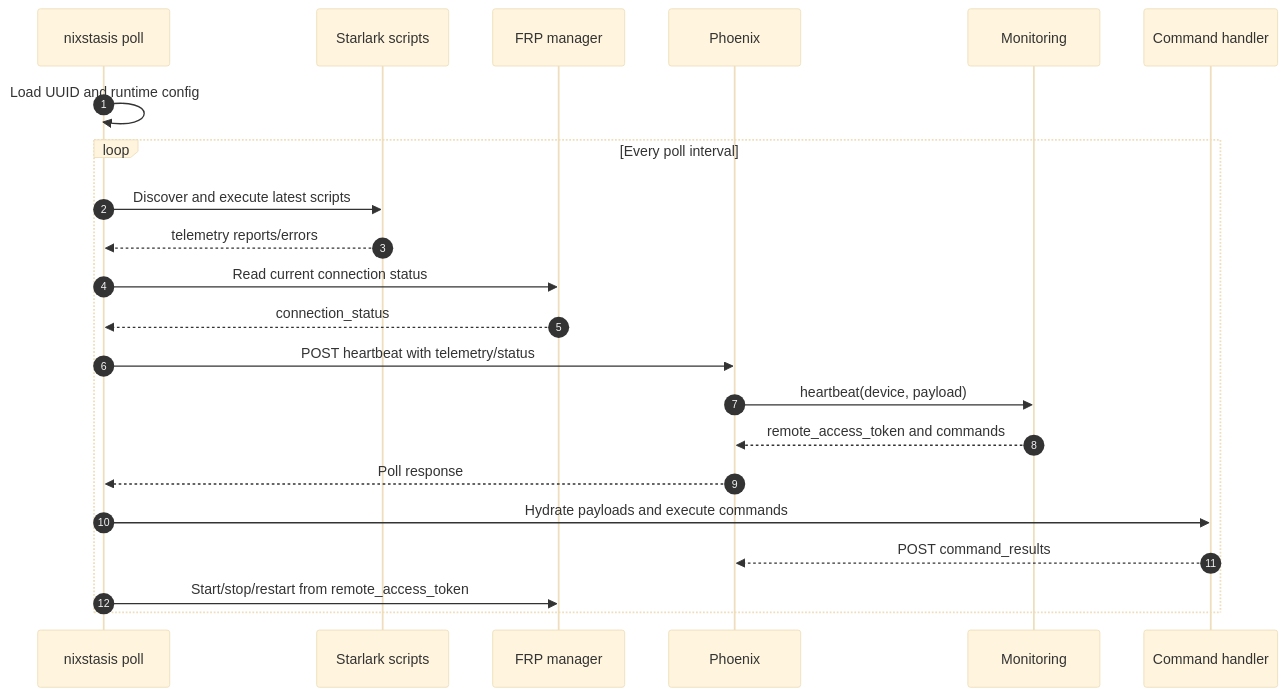
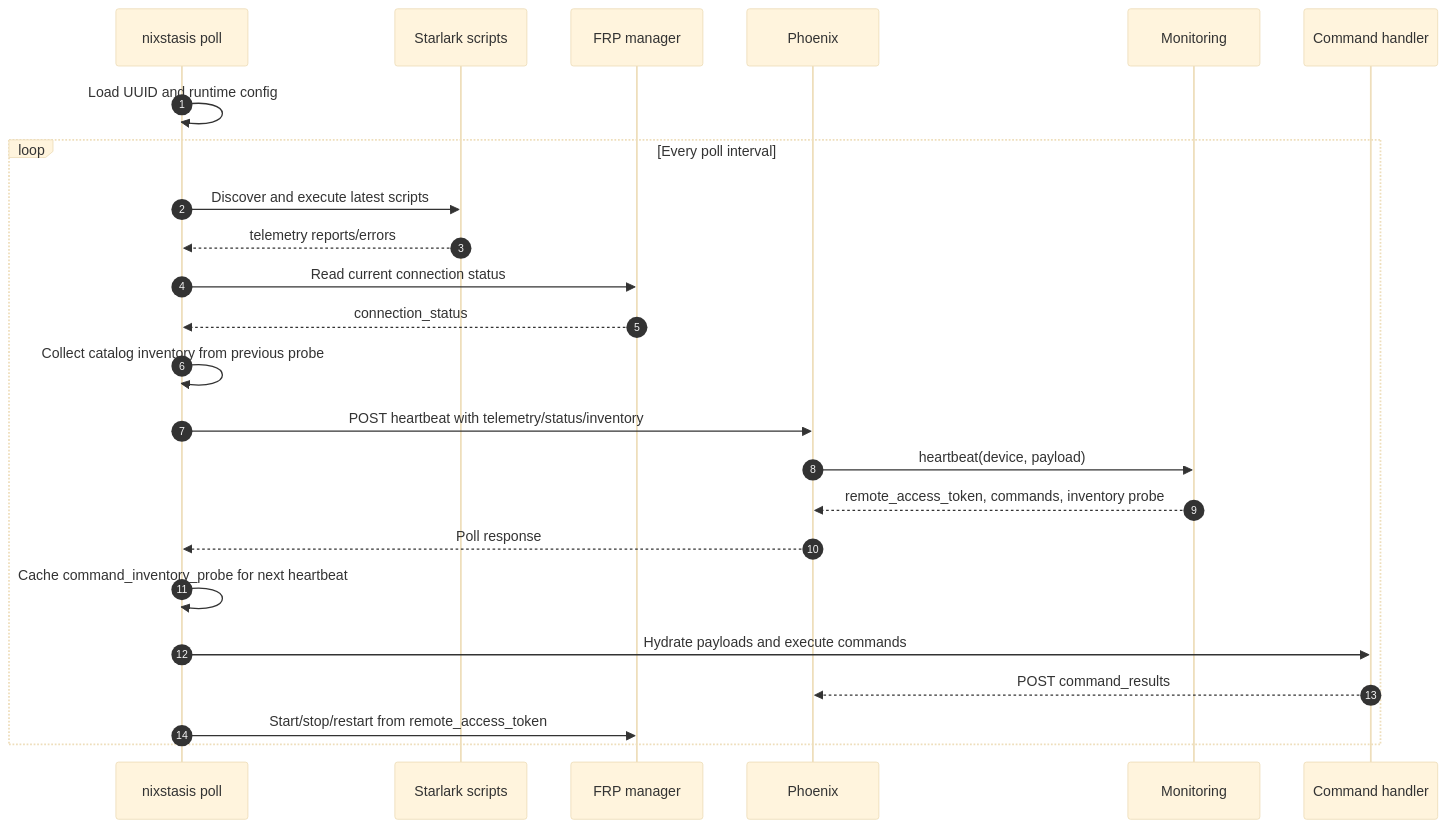
The second of 5 diagrams in docs/src/data-flow.md (RobertDeRose/Nixstasis), drawn with Mermaid (base theme) before and after one commit. The commit also changed other lines of this file and 6 other files, not shown here.

````diff
--- a/docs/src/data-flow.md
+++ b/docs/src/data-flow.md
@@ -44,25 +44,27 @@
 ```mermaid
 sequenceDiagram
     autonumber
     participant Client as nixstasis poll
     participant Scripts as Starlark scripts
     participant FRP as FRP manager
     participant Phoenix
     participant Monitoring
     participant Commands as Command handler
 
     Client->>Client: Load UUID and runtime config
     loop Every poll interval
         Client->>Scripts: Discover and execute latest scripts
         Scripts-->>Client: telemetry reports/errors
         Client->>FRP: Read current connection status
         FRP-->>Client: connection_status
-        Client->>Phoenix: POST heartbeat with telemetry/status
+        Client->>Client: Collect catalog inventory from previous probe
+        Client->>Phoenix: POST heartbeat with telemetry/status/inventory
         Phoenix->>Monitoring: heartbeat(device, payload)
-        Monitoring-->>Phoenix: remote_access_token and commands
+        Monitoring-->>Phoenix: remote_access_token, commands, inventory probe
         Phoenix-->>Client: Poll response
+        Client->>Client: Cache command_inventory_probe for next heartbeat
         Client->>Commands: Hydrate payloads and execute commands
         Commands-->>Phoenix: POST command_results
         Client->>FRP: Start/stop/restart from remote_access_token
     end
 ```
````
